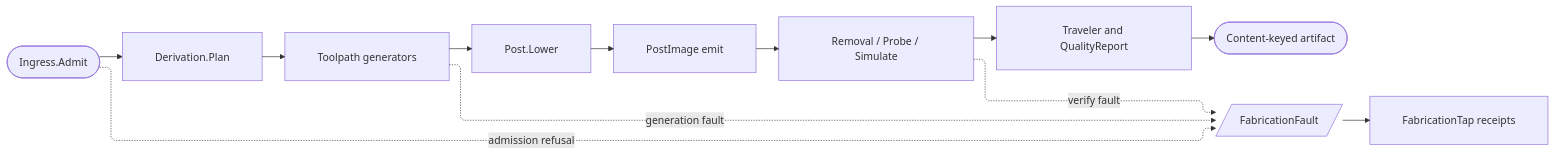
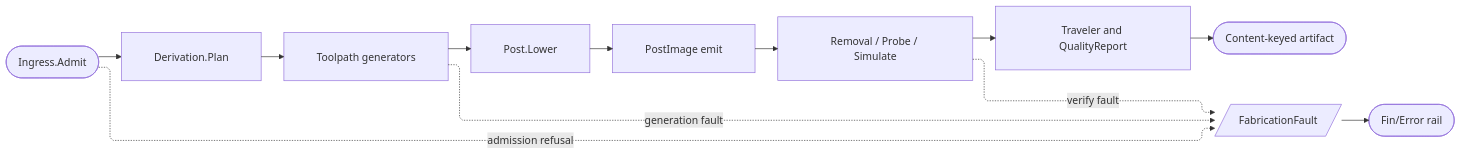
The fourth of 4 diagrams in libs/csharp/Rasm.Fabrication/ARCHITECTURE.md (bsamiee/Rasm), drawn with Mermaid before and after one commit. The commit also changed other lines of this file and 272 other files, not shown here.

````diff
--- a/libs/csharp/Rasm.Fabrication/ARCHITECTURE.md
+++ b/libs/csharp/Rasm.Fabrication/ARCHITECTURE.md
@@ -278,23 +278,23 @@
 ```mermaid
 ---
 config:
   layout: elk
   flowchart:
     curve: linear
     padding: 25
 ---
 flowchart LR
     accTitle: Rasm.Fabrication make spine
     accDescr: How admitted geometry becomes a posted, verified, documented machine artifact while refusals converge on the fault band.
     Admit(["Ingress.Admit"]) e1@--> Plan["Derivation.Plan"]
     Plan e2@--> Cam["Toolpath generators"]
     Cam e3@--> Lower["Post.Lower"]
     Lower e4@--> Emit["PostImage emit"]
     Emit e5@--> Prove["Removal / Probe / Simulate"]
     Prove e6@--> Docs["Traveler and QualityReport"]
     Docs e7@--> Key(["Content-keyed artifact"])
     Admit f1@-.->|"admission refusal"| Fault[/FabricationFault/]
     Cam f2@-.->|"generation fault"| Fault
     Prove f3@-.->|"verify fault"| Fault
-    Fault f4@--> Tap["FabricationTap receipts"]
+    Fault f4@--> Rail(["Fin/Error rail"])
 ```
````
